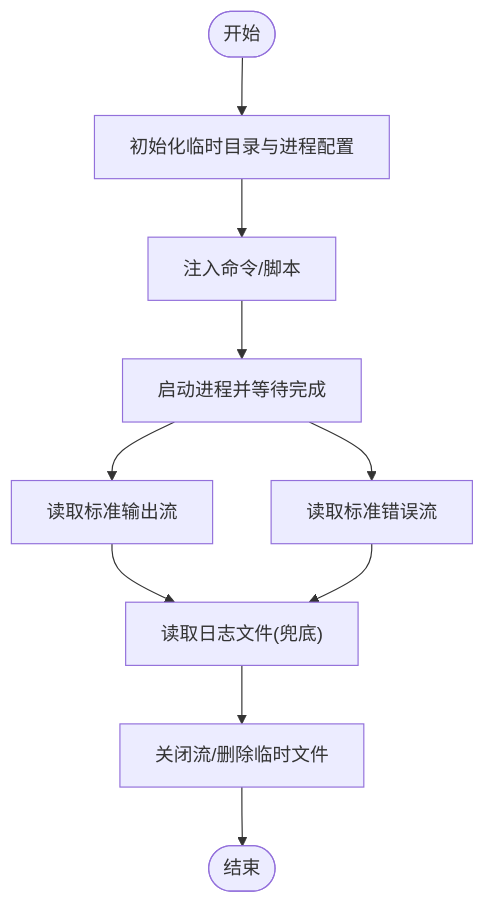
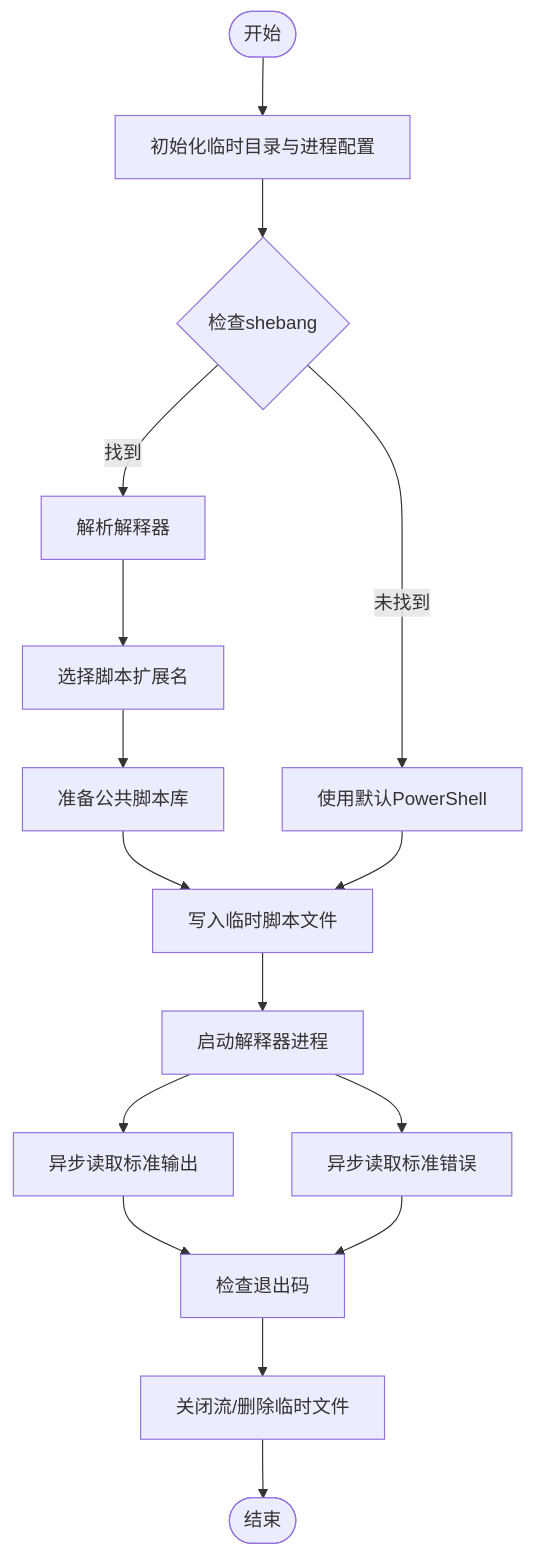
The fifth of 7 diagrams in .qoder/repowiki/zh/content/项目概述/核心特性/工具库系统/系统命令执行器.md (Sosososolong/AirGo), drawn with Mermaid before and after one commit. The commit also changed other lines of this file and 15 other files, not shown here.

````diff
--- a/.qoder/repowiki/zh/content/项目概述/核心特性/工具库系统/系统命令执行器.md
+++ b/.qoder/repowiki/zh/content/项目概述/核心特性/工具库系统/系统命令执行器.md
@@ -219,12 +315,18 @@
 ```mermaid
 flowchart TD
 Start(["开始"]) --> Init["初始化临时目录与进程配置"]
-Init --> Inject["注入命令/脚本"]
-Inject --> Exec["启动进程并等待完成"]
-Exec --> ReadStdout["读取标准输出流"]
-Exec --> ReadStderr["读取标准错误流"]
-ReadStdout --> LogFile["读取日志文件(兜底)"]
-ReadStderr --> LogFile
-LogFile --> Cleanup["关闭流/删除临时文件"]
+Init --> CheckShebang{"检查shebang"}
+CheckShebang --> |找到| ParseShebang["解析解释器"]
+CheckShebang --> |未找到| UseDefault["使用默认PowerShell"]
+ParseShebang --> SelectExt["选择脚本扩展名"]
+SelectExt --> PrepareLib["准备公共脚本库"]
+PrepareLib --> WriteScript["写入临时脚本文件"]
+UseDefault --> WriteScript
+WriteScript --> Exec["启动解释器进程"]
+Exec --> ReadStdout["异步读取标准输出"]
+Exec --> ReadStderr["异步读取标准错误"]
+ReadStdout --> ExitCode["检查退出码"]
+ReadStderr --> ExitCode
+ExitCode --> Cleanup["关闭流/删除临时文件"]
 Cleanup --> End(["结束"])
 ```
````
